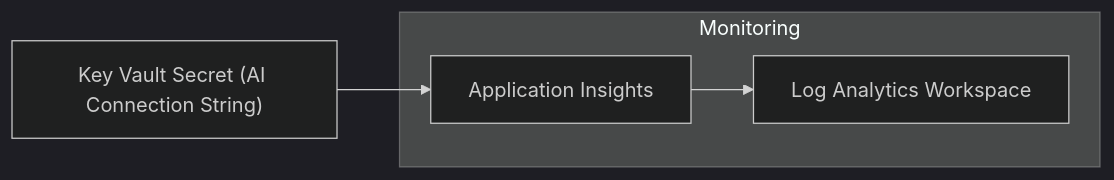
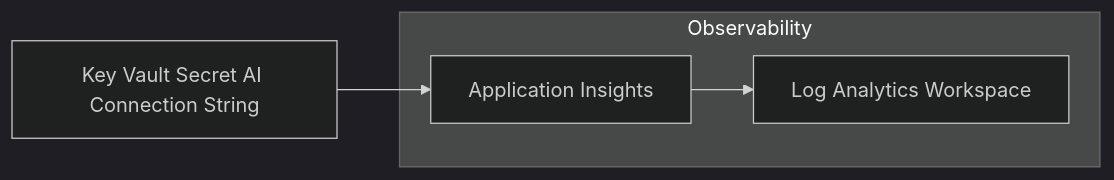
The diagram in infra/resources/_modules/application_insights/graph.md (pagopa/dx-playground), drawn with Mermaid (dark theme) before and after one commit. The commit also changed 4 other files, not shown here.

Commit message:
docs(autodocs): ✨ Update Mermaid diagrams from PR #1f5790d283f67988fb2094a854eff16dacc1e420

````diff
--- a/infra/resources/_modules/application_insights/graph.md
+++ b/infra/resources/_modules/application_insights/graph.md
@@ -1,12 +1,10 @@
 ```mermaid
 graph LR
-  subgraph Monitoring
-    AppInsights["Application Insights"]
-    LogAnalytics["Log Analytics Workspace"]
+  subgraph Observability
+    AInsights["Application Insights"]
+    LAWorkspace["Log Analytics Workspace"]
   end
-
-  KeyVaultSecret["Key Vault Secret (AI Connection String)"]
-
-  KeyVaultSecret --> AppInsights
-  AppInsights --> LogAnalytics
+  KVSecret["Key Vault Secret AI Connection String"]
+  KVSecret --> AInsights
+  AInsights --> LAWorkspace
 ```
````
